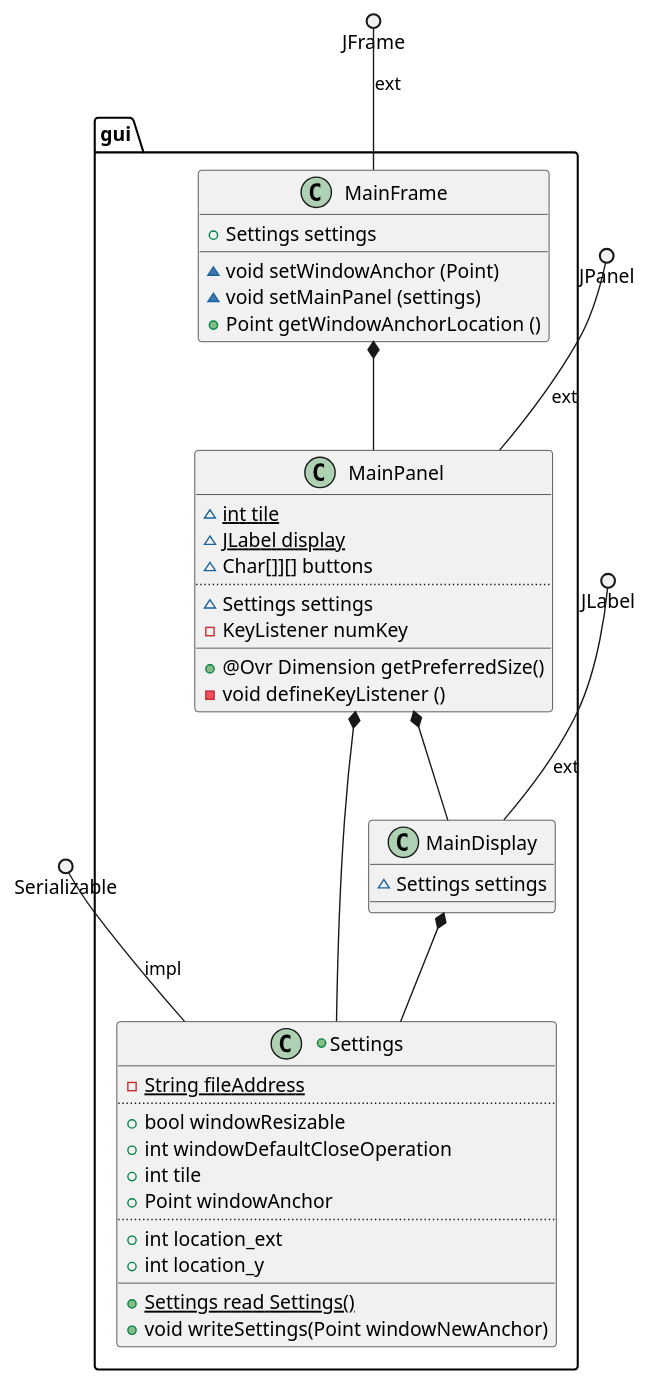
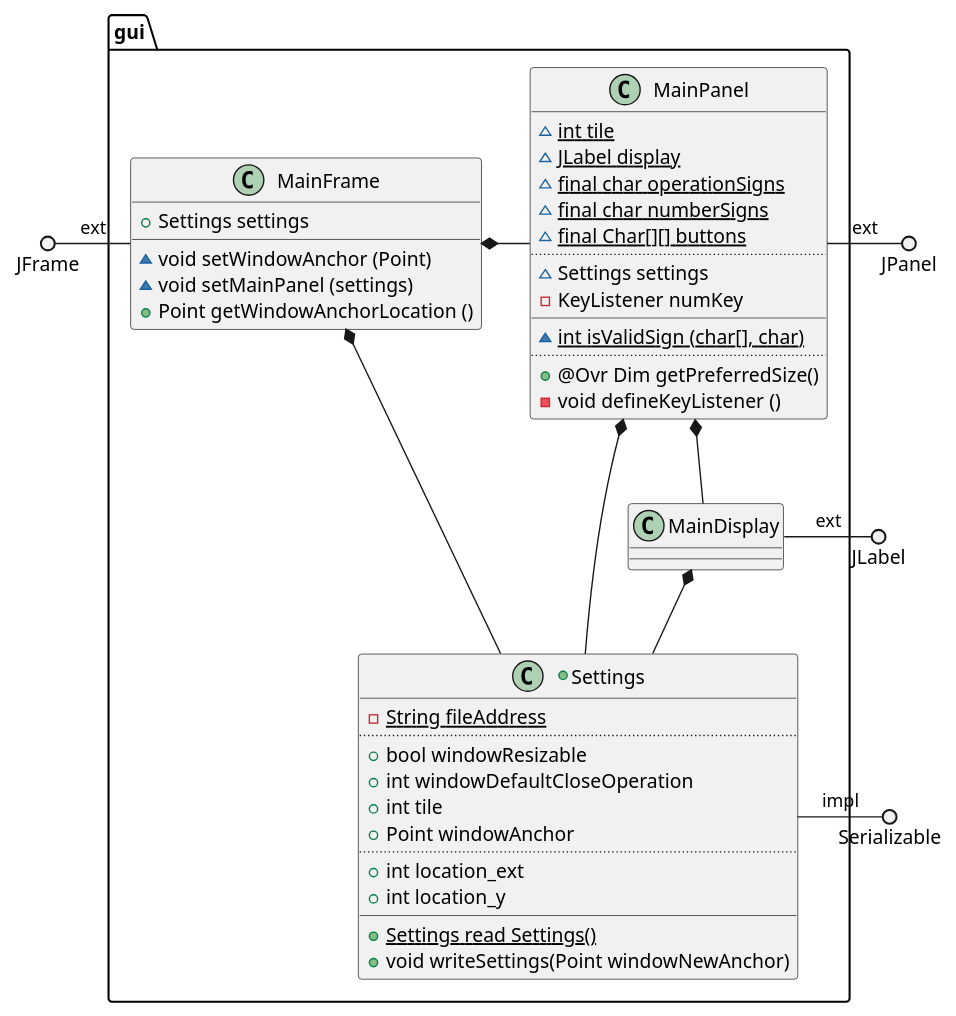
One commit to vitalispopoff/calculator changed the diagram in src/main/resources/package_gui_strcucture.puml. Above: the diagram before and after it, drawn with PlantUML. The commit also changed 28 other files, not shown here.

```diff
--- a/src/main/resources/package_gui_strcucture.puml
+++ b/src/main/resources/package_gui_strcucture.puml
@@ -1,54 +1,58 @@
 @startuml
 
 package gui{
 
     class MainFrame{
             +{field}Settings settings
         __
             ~{method} void setWindowAnchor (Point)
             ~{method} void setMainPanel (settings)
             +{method} Point getWindowAnchorLocation ()
     }
 
     class MainDisplay{
-            ~{field}Settings settings
     }
 
     class MainPanel{
             ~{field} {static} int tile
             ~{field} {static} JLabel display
-            ~{field} Char[]][] buttons
+            ~{field} {static} final char operationSigns
+            ~{field} {static} final char numberSigns
+            ~{field} {static} final Char[][] buttons
         ..
             ~{field}Settings settings
             -{field}KeyListener numKey
         __
-            +{method} @Ovr Dimension getPreferredSize()
+            ~{method} {static} int isValidSign (char[], char)
+        ..
+            +{method} @Ovr Dim getPreferredSize()
             -{method} void defineKeyListener ()
     }
 
     +class Settings{
             -{field}{static} String fileAddress
         ..
             +{field} bool windowResizable
             +{field}int windowDefaultCloseOperation
             +{field}int tile
             +{field}Point windowAnchor
         ..
             +{field}int location_ext
             +{field}int location_y
         __
             +{method}{static}Settings read Settings()
             +{method}void writeSettings(Point windowNewAnchor)
     }
 }
 
-    Serializable    ()--    Settings : impl
-    JFrame          ()--    MainFrame : ext
-    JLabel          ()--    MainDisplay : ext
-    JPanel          ()--    MainPanel : ext
-    MainFrame       *--     MainPanel
+    JFrame          ()-    MainFrame : ext
+    JLabel          ()-   MainDisplay : ext
+    JPanel          ()-    MainPanel : ext
+    Serializable    ()-    Settings : impl
+    MainFrame       *-     MainPanel
+    MainFrame       *--     Settings
     MainPanel       *--     MainDisplay
-    MainPanel       *--     Settings
+    MainPanel       *-     Settings
     MainDisplay     *--     Settings
 
 @enduml
```
